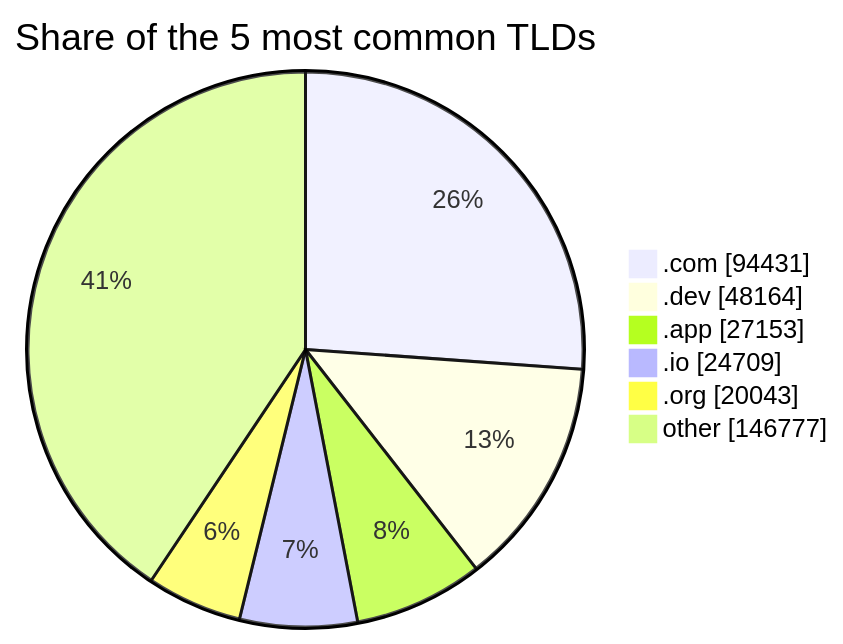
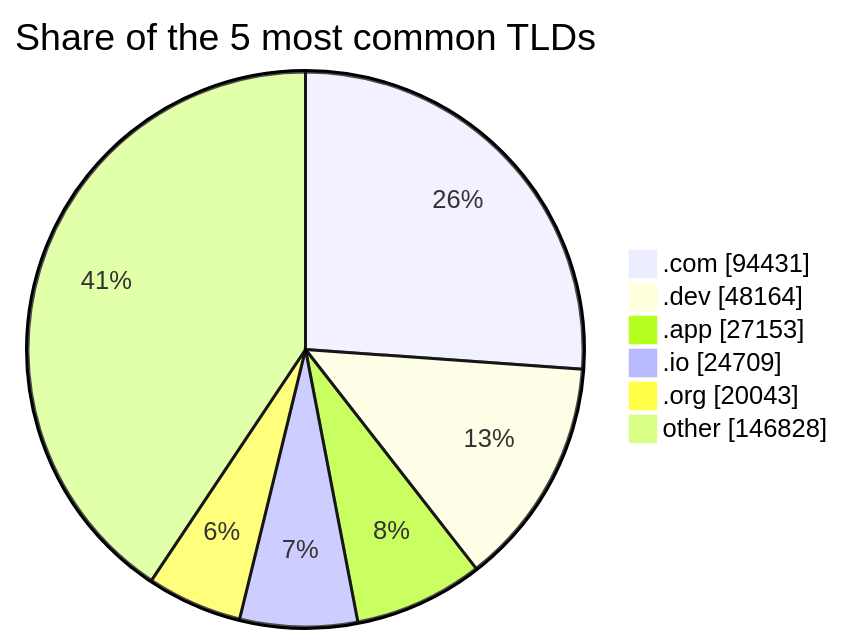
Before and after one commit to DNSBunker/CTI: the third of 3 diagrams in README.md, drawn with Mermaid. The commit also changed other lines of this file and 3 other files, not shown here.

````diff
--- a/README.md
+++ b/README.md
@@ -81,9 +81,9 @@
 ```mermaid
 pie showData title Share of the 5 most common TLDs
     ".com" : 94431
     ".dev" : 48164
     ".app" : 27153
     ".io" : 24709
     ".org" : 20043
-    "other" : 146777
+    "other" : 146828
 ```
````
